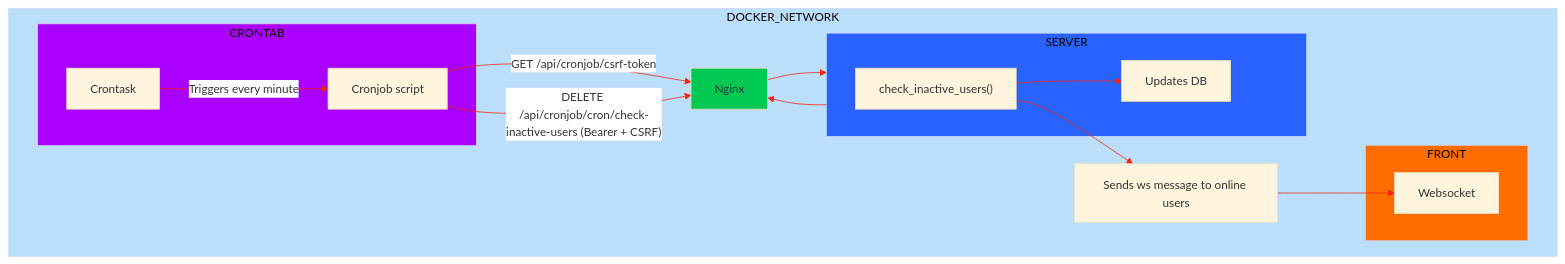
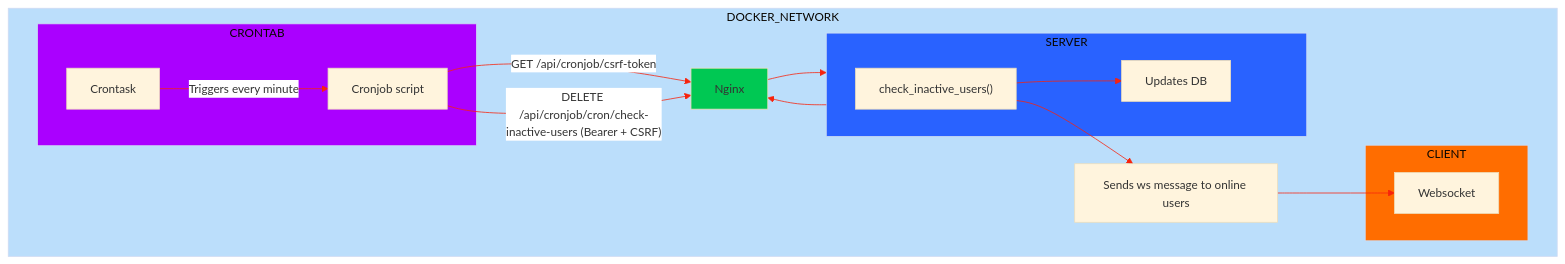
The diagram in doc/server/CRONTAB.md (ysengoku/42-ft_transcendence), drawn with Mermaid before and after one commit. The commit also changed other lines of this file and 1 other file, not shown here.

Commit message:
doc: improve description

````diff
--- a/doc/server/CRONTAB.md
+++ b/doc/server/CRONTAB.md
@@ -99,46 +99,46 @@
 ```mermaid
 ---
 config:
   layout: dagre
   look: classic
   theme: base
   themeVariables:
     lineColor: '#f7230c'
     textColor: '#191919'
     fontSize: 15px
     nodeTextColor: '#000'
     edgeLabelBackground: '#fff'
 ---
 flowchart TD
 subgraph CRONJOB["CRONTAB"]
 A["Cronjob script"]
 T["Crontask"]
 end
 subgraph SERVER["SERVER"]
 D["check_inactive_users()"]
 E["Updates DB"]
 end
-subgraph FRONT["FRONT"]
+subgraph CLIENT["CLIENT"]
 W["Websocket"]
 end
 subgraph DOCKER_NETWORK["DOCKER_NETWORK"]
 CRONJOB
 B["Nginx"]
 F["Sends ws message to online users"]
 SERVER
-FRONT
+CLIENT
 end
 T -- "Triggers every minute" --> A
 A -- "GET /api/cronjob/csrf-token" --> B
 B --> SERVER
 SERVER --> B
 A -- "DELETE /api/cronjob/cron/check-inactive-users (Bearer + CSRF)" --> B
 D --> E
 D --> F --> W
 
     style CRONJOB fill:#AA00FF
     style B fill:#00C853
     style SERVER fill:#2962FF
-    style FRONT fill:#FF6D00
+    style CLIENT fill:#FF6D00
     style DOCKER_NETWORK fill:#BBDEFB
 ```
````
